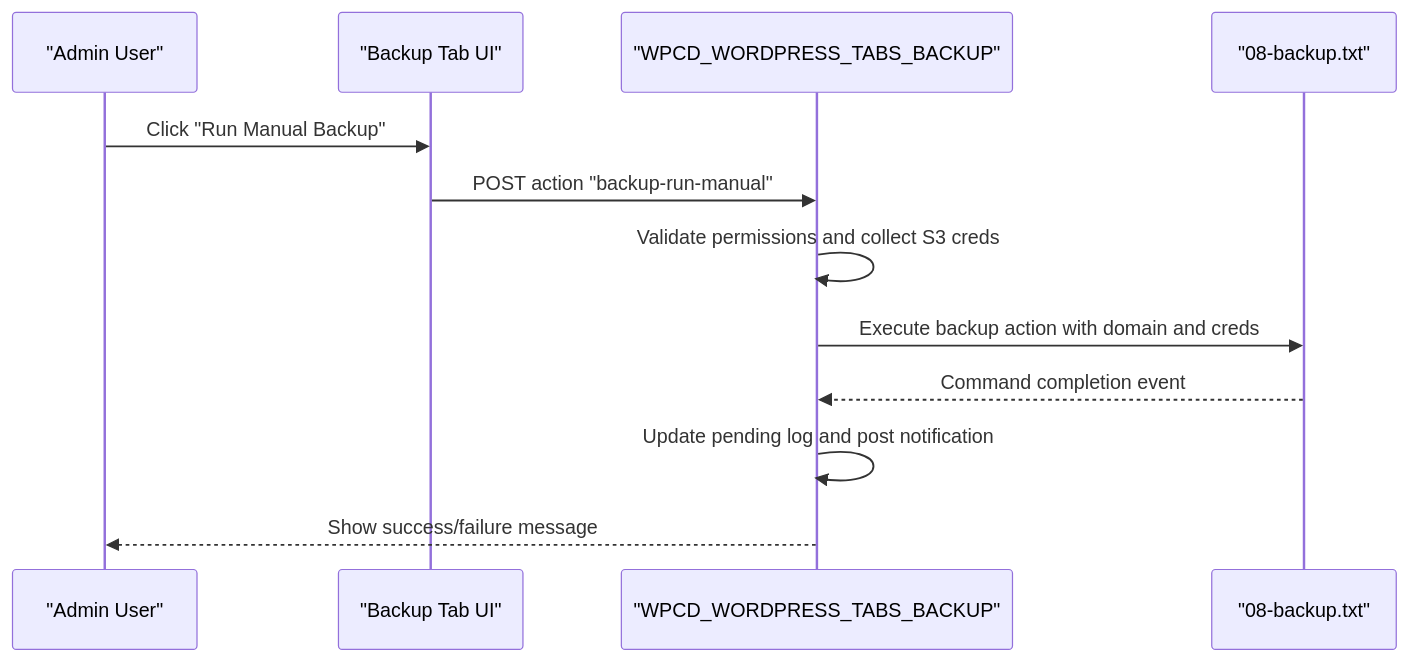
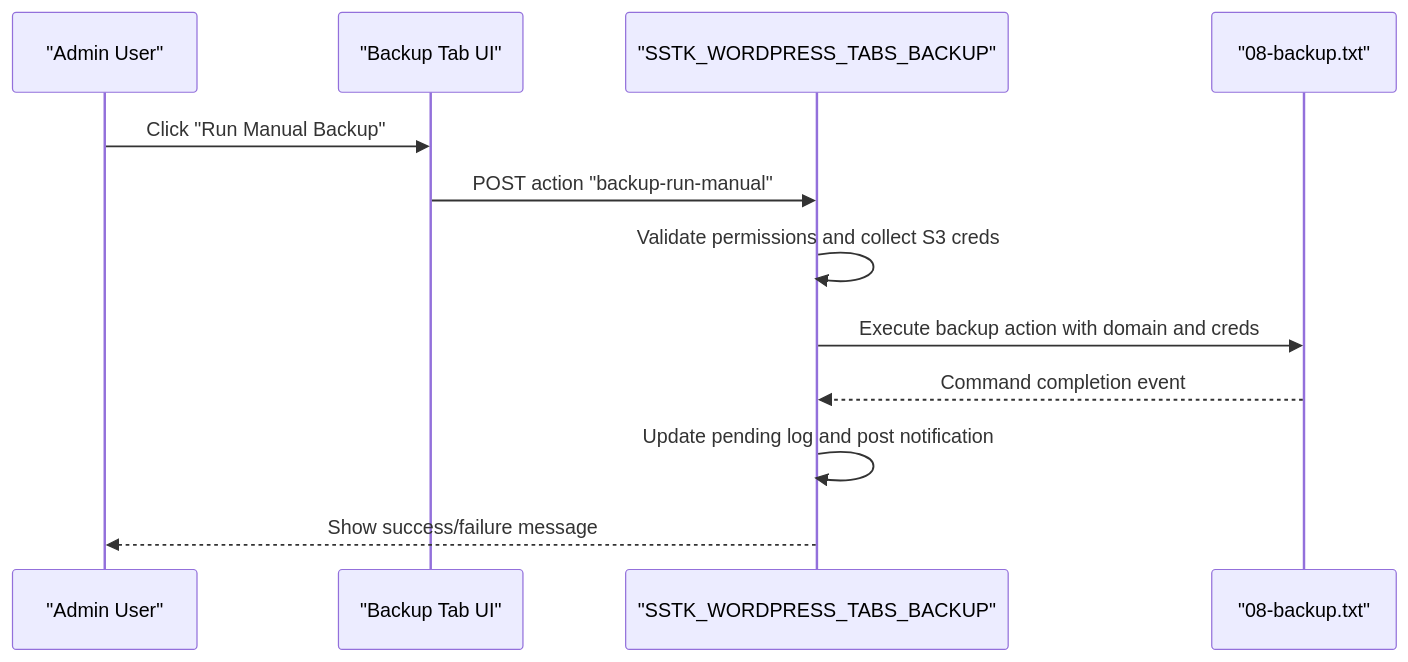
Before and after one commit to onedogsolutions/simple-stack: the fourth of 5 diagrams in .qoder/repowiki/en/content/Operational Tools/Backup & Restore System/Core Backup Operations.md, drawn with Mermaid. The commit also changed other lines of this file and 5941 other files, not shown here.

````diff
--- a/.qoder/repowiki/en/content/Operational Tools/Backup & Restore System/Core Backup Operations.md
+++ b/.qoder/repowiki/en/content/Operational Tools/Backup & Restore System/Core Backup Operations.md
@@ -244,14 +244,14 @@
 ```mermaid
 sequenceDiagram
 participant Admin as "Admin User"
 participant UI as "Backup Tab UI"
-participant Controller as "WPCD_WORDPRESS_TABS_BACKUP"
+participant Controller as "SSTK_WORDPRESS_TABS_BACKUP"
 participant Server as "08-backup.txt"
 Admin->>UI : Click "Run Manual Backup"
 UI->>Controller : POST action "backup-run-manual"
 Controller->>Controller : Validate permissions and collect S3 creds
 Controller->>Server : Execute backup action with domain and creds
 Server-->>Controller : Command completion event
 Controller->>Controller : Update pending log and post notification
 Controller-->>Admin : Show success/failure message
 ```
````
